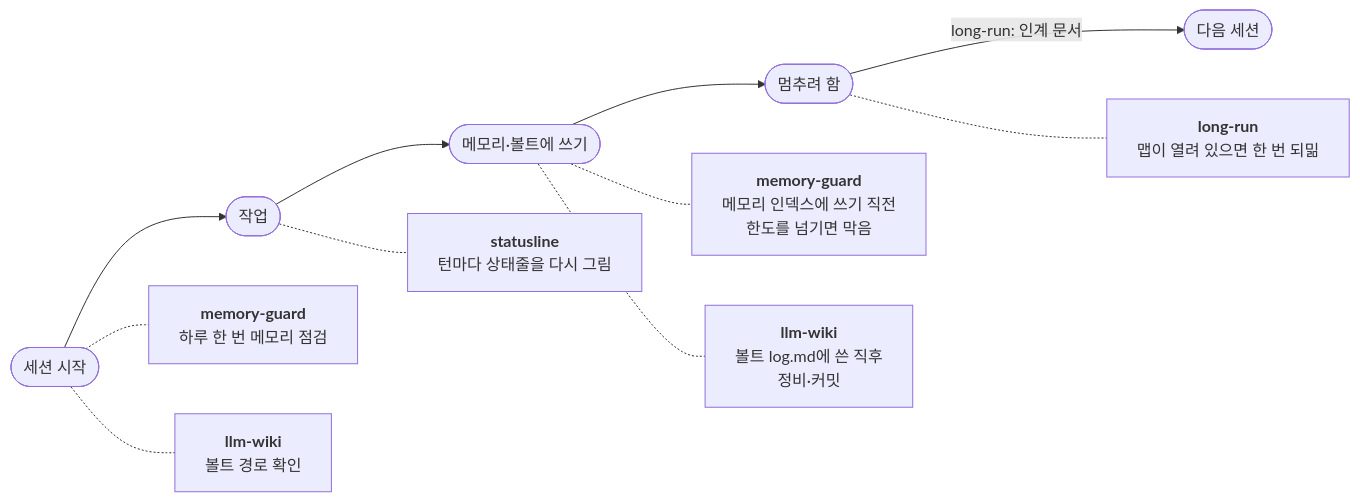
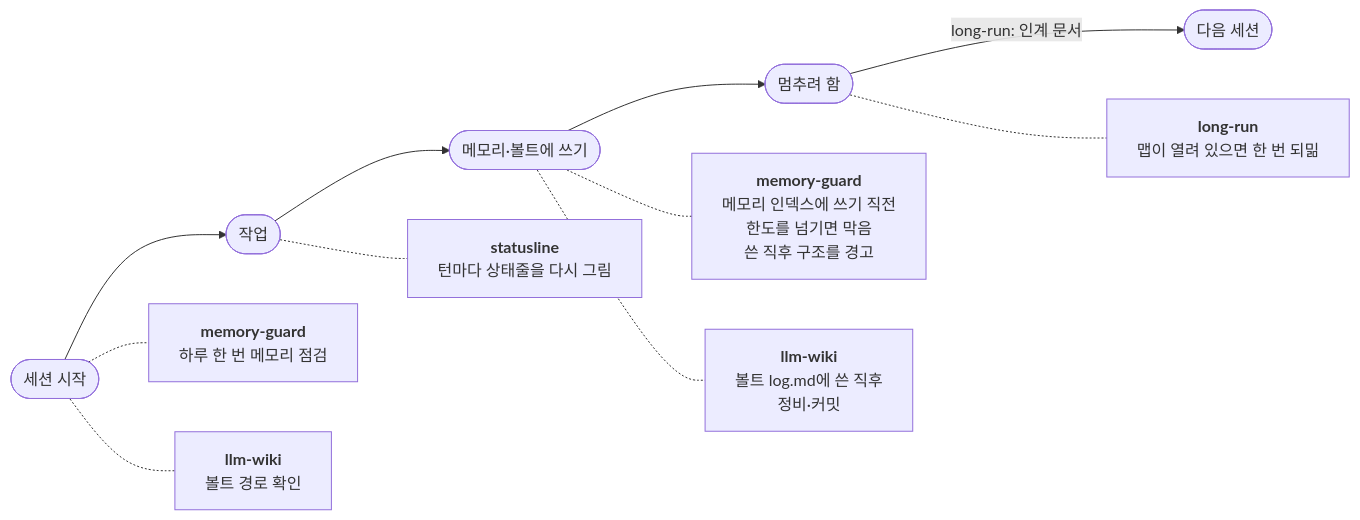
One commit to aydenden/cc-plugins changed the diagram in README.md. Above: the diagram before and after it, drawn with Mermaid. The commit also changed other lines of this file and 10 other files, not shown here.

First line of the commit message:
feat(memory-guard): 0.6.0 — 메모리 쓰기 직후 인덱스 구조를 경고한다

````diff
--- a/README.md
+++ b/README.md
@@ -48,12 +48,12 @@
 ```mermaid
 flowchart LR
   S(["세션 시작"]) --> W(["작업"]) --> F(["메모리·볼트에 쓰기"]) --> P(["멈추려 함"])
   P -- "long-run: 인계 문서" --> N(["다음 세션"])
 
   S -.- S1["<b>memory-guard</b><br/>하루 한 번 메모리 점검"]
   S -.- S2["<b>llm-wiki</b><br/>볼트 경로 확인"]
   W -.- W1["<b>statusline</b><br/>턴마다 상태줄을 다시 그림"]
-  F -.- F1["<b>memory-guard</b><br/>메모리 인덱스에 쓰기 직전<br/>한도를 넘기면 막음"]
+  F -.- F1["<b>memory-guard</b><br/>메모리 인덱스에 쓰기 직전<br/>한도를 넘기면 막음<br/>쓴 직후 구조를 경고"]
   F -.- F2["<b>llm-wiki</b><br/>볼트 log.md에 쓴 직후<br/>정비·커밋"]
   P -.- P1["<b>long-run</b><br/>맵이 열려 있으면 한 번 되밂"]
 ```
````
